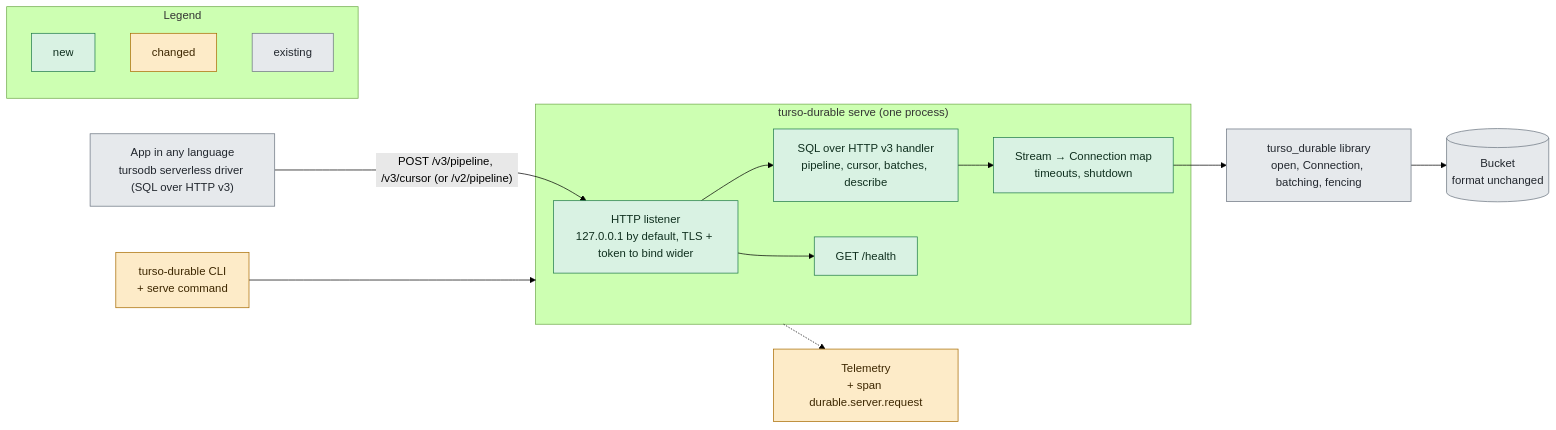
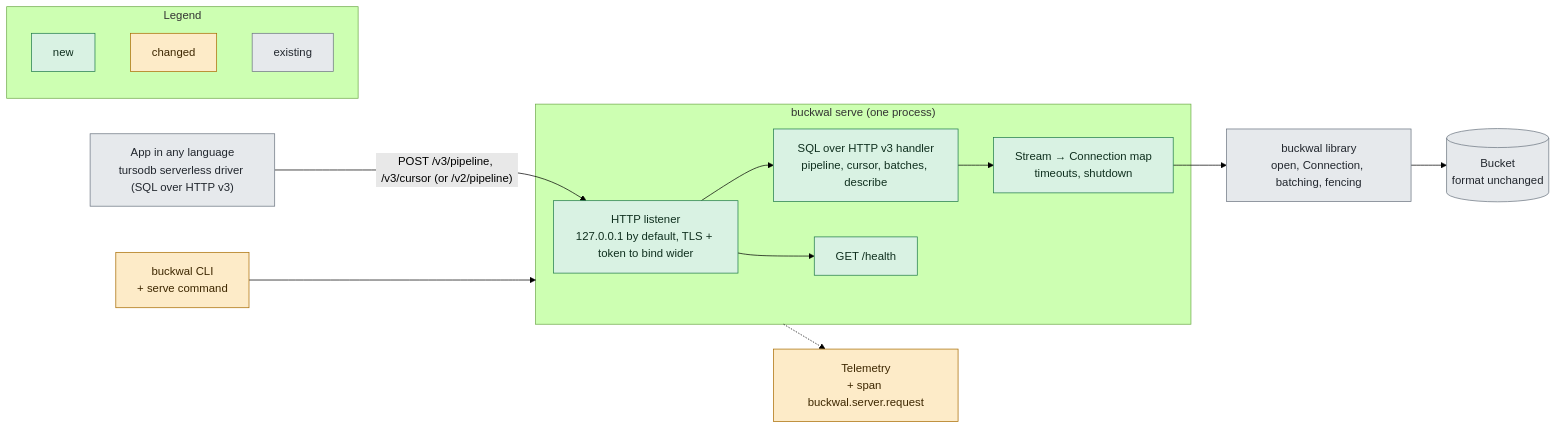
One commit to kahgeh/buckwal changed the first of 3 diagrams in README.md. Above: the diagram before and after it, drawn with Mermaid (forest theme). The commit also changed other lines of this file and 7 other files, not shown here.

````diff
--- a/README.md
+++ b/README.md
@@ -453,26 +457,26 @@
 ```mermaid
 flowchart LR
   client["App in any language<br/>tursodb serverless driver (SQL over HTTP v3)"]:::existing
-  subgraph serve["turso-durable serve (one process)"]
+  subgraph serve["buckwal serve (one process)"]
     http["HTTP listener<br/>127.0.0.1 by default, TLS + token to bind wider"]:::new
     sqlhttp["SQL over HTTP v3 handler<br/>pipeline, cursor, batches, describe"]:::new
     streams["Stream → Connection map<br/>timeouts, shutdown"]:::new
     health["GET /health"]:::new
   end
-  lib["turso_durable library<br/>open, Connection, batching, fencing"]:::existing
+  lib["buckwal library<br/>open, Connection, batching, fencing"]:::existing
   bucket[("Bucket<br/>format unchanged")]:::existing
-  otel["Telemetry<br/>+ span durable.server.request"]:::changed
-  cli["turso-durable CLI<br/>+ serve command"]:::changed
+  otel["Telemetry<br/>+ span buckwal.server.request"]:::changed
+  cli["buckwal CLI<br/>+ serve command"]:::changed
   client -- "POST /v3/pipeline, /v3/cursor (or /v2/pipeline)" --> http --> sqlhttp --> streams --> lib --> bucket
   http --> health
   serve -.-> otel
   cli --> serve
   subgraph legend["Legend"]
     l1["new"]:::new
     l2["changed"]:::changed
     l3["existing"]:::existing
   end
   classDef new fill:#d9f2e3,stroke:#1f7a4a,color:#10301f
   classDef changed fill:#fdebc8,stroke:#a86b00,color:#3d2700
   classDef existing fill:#e6e9ec,stroke:#6b7480,color:#22272e
 ```
````
